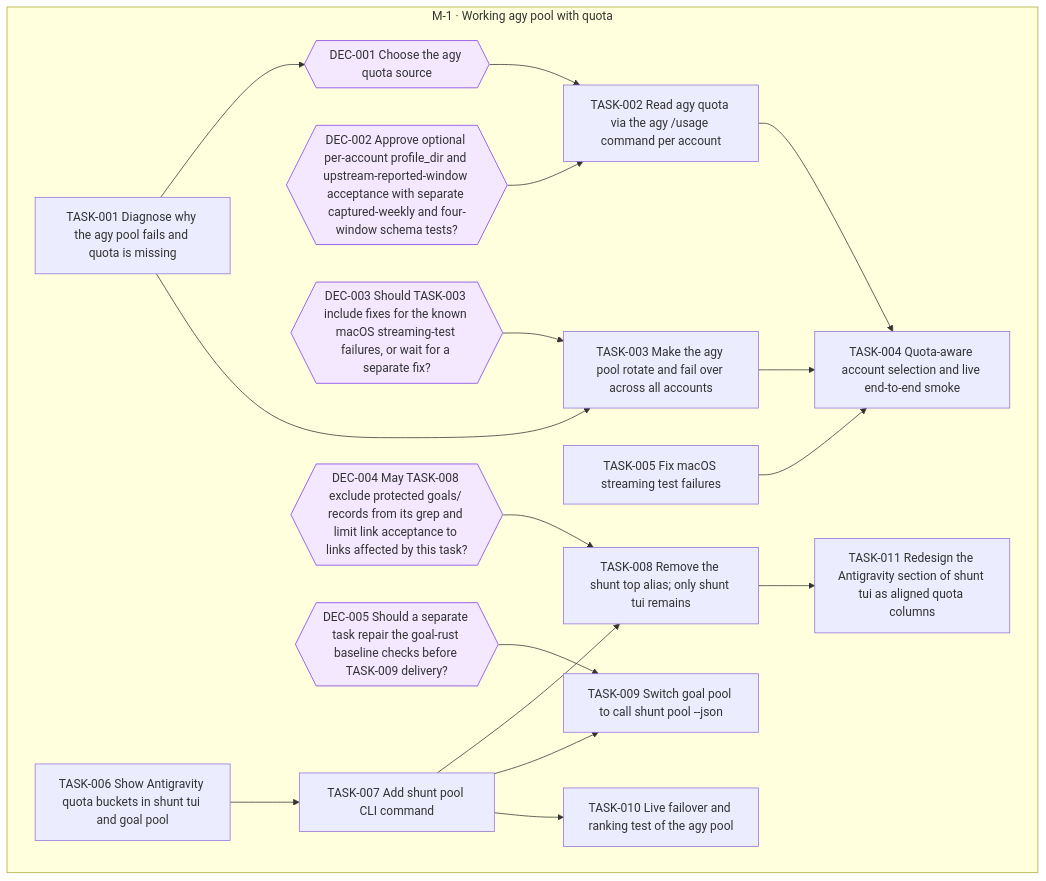
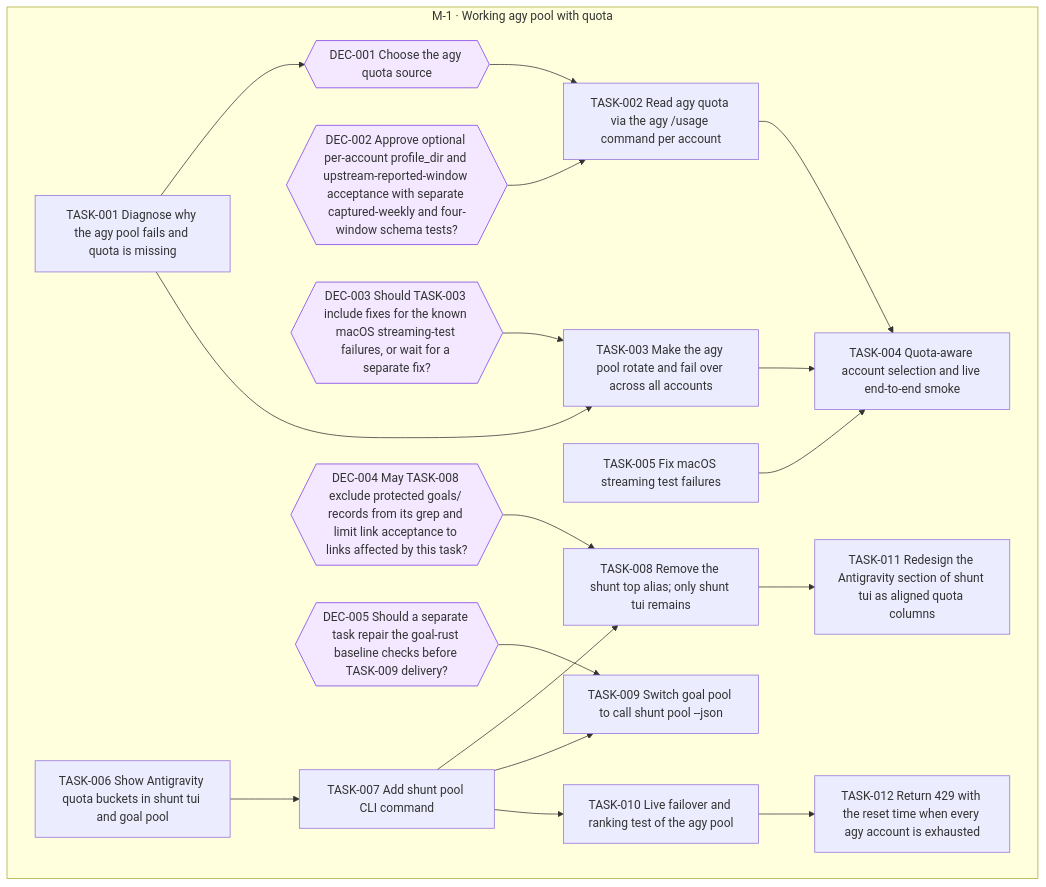
One commit to jesusvillota/shunt changed the diagram in goals/agy-pool/README.md. Above: the diagram before and after it, drawn with Mermaid. The commit also changed 1 other file, not shown here.

Commit message:
goal(agy-pool): add TASK-012 Return 429 with the reset time when every agy account is exhausted

````diff
--- a/goals/agy-pool/README.md
+++ b/goals/agy-pool/README.md
@@ -19,44 +19,46 @@
 ```mermaid
 flowchart TD
   subgraph M_1["M-1 · Working agy pool with quota"]
     DEC_001{{"DEC-001 Choose the agy quota source"}}
     DEC_002{{"DEC-002 Approve optional per-account profile_dir and upstream-reported-window acceptance with separate captured-weekly and four-window schema tests?"}}
     DEC_003{{"DEC-003 Should TASK-003 include fixes for the known macOS streaming-test failures, or wait for a separate fix?"}}
     DEC_004{{"DEC-004 May TASK-008 exclude protected goals/ records from its grep and limit link acceptance to links affected by this task?"}}
     DEC_005{{"DEC-005 Should a separate task repair the goal-rust baseline checks before TASK-009 delivery?"}}
     TASK_001["TASK-001 Diagnose why the agy pool fails and quota is missing"]
     TASK_002["TASK-002 Read agy quota via the agy /usage command per account"]
     TASK_003["TASK-003 Make the agy pool rotate and fail over across all accounts"]
     TASK_004["TASK-004 Quota-aware account selection and live end-to-end smoke"]
     TASK_005["TASK-005 Fix macOS streaming test failures"]
     TASK_006["TASK-006 Show Antigravity quota buckets in shunt tui and goal pool"]
     TASK_007["TASK-007 Add shunt pool CLI command"]
     TASK_008["TASK-008 Remove the shunt top alias; only shunt tui remains"]
     TASK_009["TASK-009 Switch goal pool to call shunt pool --json"]
     TASK_010["TASK-010 Live failover and ranking test of the agy pool"]
     TASK_011["TASK-011 Redesign the Antigravity section of shunt tui as aligned quota columns"]
+    TASK_012["TASK-012 Return 429 with the reset time when every agy account is exhausted"]
   end
   TASK_001 --> DEC_001
   DEC_001 --> TASK_002
   DEC_002 --> TASK_002
   TASK_001 --> TASK_003
   DEC_003 --> TASK_003
   TASK_002 --> TASK_004
   TASK_003 --> TASK_004
   TASK_005 --> TASK_004
   TASK_006 --> TASK_007
   TASK_007 --> TASK_008
   DEC_004 --> TASK_008
   TASK_007 --> TASK_009
   DEC_005 --> TASK_009
   TASK_007 --> TASK_010
   TASK_008 --> TASK_011
+  TASK_010 --> TASK_012
   classDef draft stroke-dasharray: 4 3
   classDef cancelled opacity:0.45
   classDef decision fill:#f3e8ff,stroke:#7c3aed
   class DEC_001 decision
   class DEC_002 decision
   class DEC_003 decision
   class DEC_004 decision
   class DEC_005 decision
 ```
````
